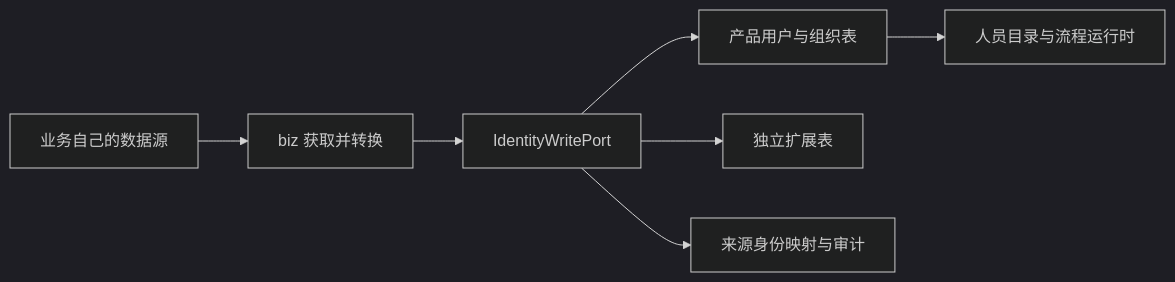
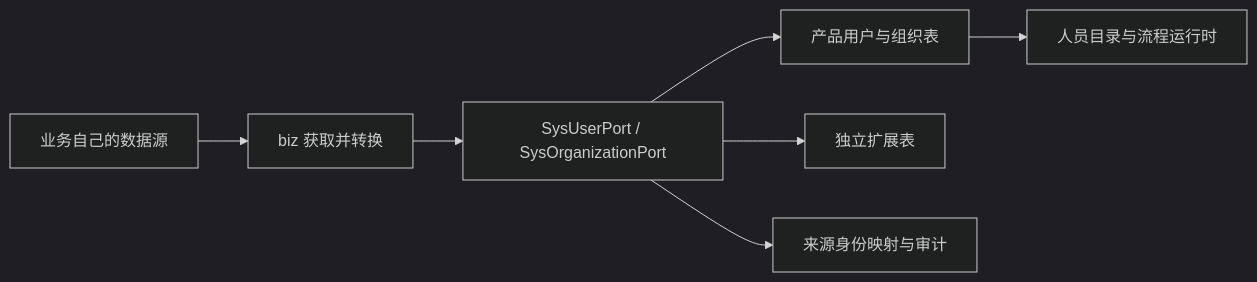
One commit to benbenbingbing/flow changed the diagram in docs/architecture/identity-write-and-extension-design.md. Above: the diagram before and after it, drawn with Mermaid (dark theme). The commit also changed other lines of this file and 1062 other files, not shown here.

````diff
--- a/docs/architecture/identity-write-and-extension-design.md
+++ b/docs/architecture/identity-write-and-extension-design.md
@@ -11,9 +11,9 @@
 ```mermaid
 flowchart LR
     External[业务自己的数据源] --> Biz[biz 获取并转换]
-    Biz --> Port[IdentityWritePort]
+    Biz --> Port[SysUserPort / SysOrganizationPort]
     Port --> Base[产品用户与组织表]
     Port --> Ext[独立扩展表]
     Port --> Binding[来源身份映射与审计]
     Base --> Runtime[人员目录与流程运行时]
 ```
````
